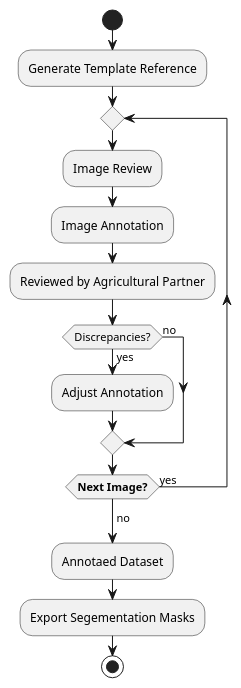
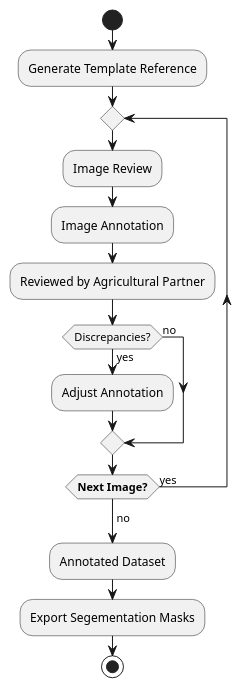
The diagram in docs/images/validation_workflow.wsd (Uni-Data-Science-AI/Data-Science-AI-Mauseschaden), drawn with PlantUML before and after one commit. The commit also changed 3 other files, not shown here.

```diff
--- a/docs/images/validation_workflow.wsd
+++ b/docs/images/validation_workflow.wsd
@@ -1,20 +1,20 @@
 @startuml validationWorkflow
 
 start
 :Generate Template Reference;
 repeat 
     :Image Review;
     :Image Annotation;
     
     :Reviewed by Agricultural Partner;
     if (Discrepancies?) then (no)
     else (yes)
         :Adjust Annotation;
     endif
 repeatwhile (<b>Next Image?) is (yes)
 -> no;
-:Annotaed Dataset;
+:Annotated Dataset;
 :Export Segementation Masks;
 
 stop
 @enduml
```
